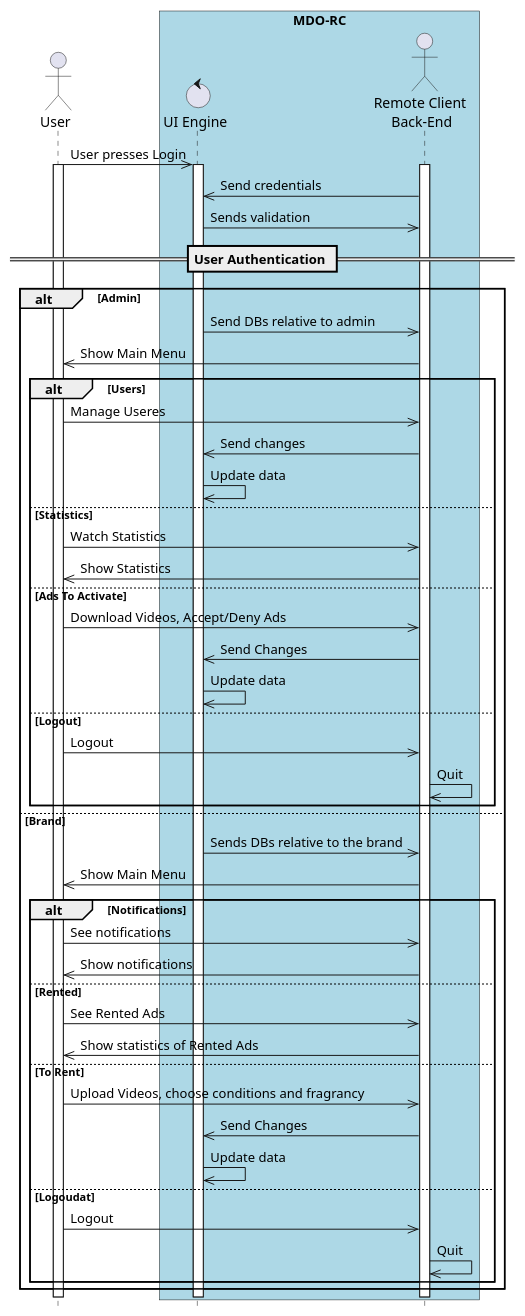
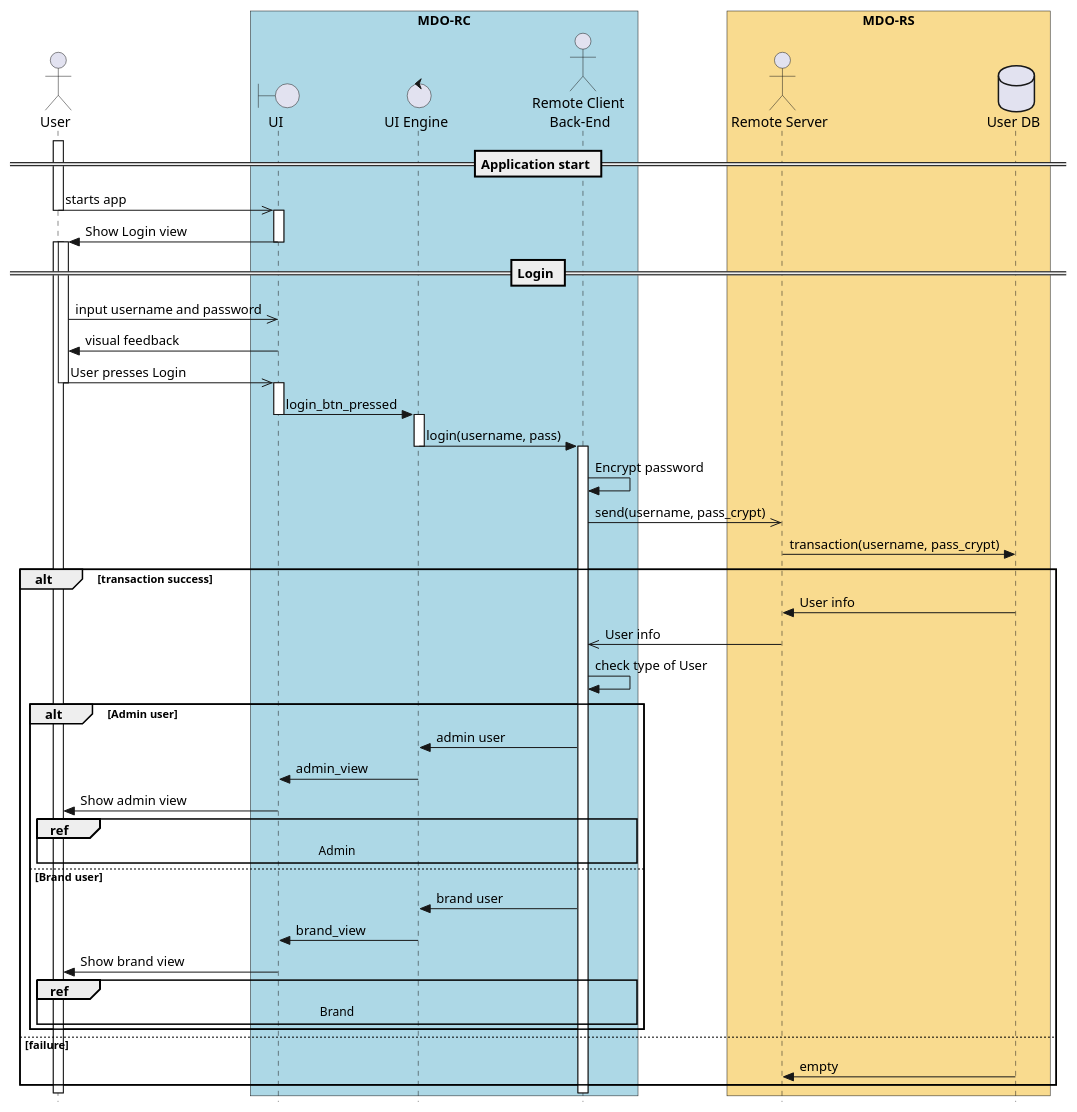
One commit to ElectroQuanta/MDO changed the diagram in Proj/diags/plantuml/seq-diag/input/seq-rc.pu. Above: the diagram before and after it, drawn with PlantUML. The commit also changed 2 other files, not shown here.

Commit message:
UPDT: RC: seq-diag - login

```diff
--- a/Proj/diags/plantuml/seq-diag/input/seq-rc.pu
+++ b/Proj/diags/plantuml/seq-diag/input/seq-rc.pu
@@ -1,97 +1,136 @@
   @startuml
   ' ---------- SETUP ----------------
   ' strict uml style and hide footboxes
   skinparam style strictuml
   hide footbox
   ' for anchors and duration this may be required (uncomment)
   ' !pragma teoz true
 
   ' ---------- Declaring participants
   ' participant Participant as Foo
   
   actor User
   box "MDO-RC" #LightBlue
+  boundary "UI" as UI
   control "UI Engine" as UIE
   actor "Remote Client \nBack-End" as RC
+  endbox
+  box "MDO-RS" #f9db8f
+  actor "Remote Server" as RS
+  database "User DB" as UserDB
   endbox
   ' entity      Entity      as Foo4
   ' database    Database    as Foo5
   ' collections Collections as Foo6
   ' queue       Queue       as Foo7
-  ' Foo -> Foo1 : To actor 
-  ' Foo -> Foo2 : To boundary
-  ' Foo -> Foo3 : To control
-  ' Foo -> Foo4 : To entity
-  ' Foo -> Foo5 : To database
-  ' Foo -> Foo6 : To collections
-  ' Foo -> Foo7: To queue
 
   ' async message
-  '== Activate camera feed ==
-  User ->> UIE: User presses Login
+  == Application start ==
   activate User
+  User ->> UI: starts app 
+  deactivate User
+  activate UI
+  UI -> User: Show Login view
+  deactivate UI
+  activate User
+''
+  == Login ==
+  activate User
+  User ->> UI: input username and password
+  UI -> User: visual feedback
+  User ->> UI: User presses Login
+''
+  deactivate User
+  activate UI
+  UI -> UIE: login_btn_pressed
+  deactivate UI
+  activate UIE
+  UIE -> RC : login(username, pass)
+  deactivate UIE
   activate RC
-  activate UIE
-  RC ->> UIE : Send credentials
-  UIE ->> RC : Sends validation
-  == User Authentication ==
-  alt Admin
-    UIE ->> RC : Send DBs relative to admin
-    RC ->> User : Show Main Menu
-    alt Users
-      User ->> RC : Manage Useres
-      RC ->> UIE : Send changes
-      UIE ->> UIE : Update data
-    else Statistics
-      User ->> RC : Watch Statistics
-      RC ->> User : Show Statistics
-    else Ads To Activate
-      User ->> RC : Download Videos, Accept/Deny Ads
-      RC ->> UIE : Send Changes
-      UIE ->> UIE : Update data
-    else Logout
-      User ->> RC : Logout
-      RC ->> RC : Quit
+  RC -> RC : Encrypt password
+  RC ->> RS : send(username, pass_crypt)
+  RS -> UserDB : transaction(username, pass_crypt)
+'' DB transaction
+  alt transaction success
+    UserDB -> RS: User info
+    RS ->> RC: User info
+    RC -> RC: check type of User
+    alt Admin user
+    RC -> UIE: admin user
+    UIE -> UI: admin_view
+    UI -> User: Show admin view
+    ref over RC, UIE, UI, User: Admin
+    else Brand user
+    RC -> UIE: brand user
+    UIE -> UI: brand_view
+    UI -> User: Show brand view
+    ref over RC, UIE, UI, User: Brand
     end
+  else failure
+  UserDB -> RS: empty
+  end
+''
+''  == User Authentication ==
+''  alt Admin
+''    UIE ->> RC : Send DBs relative to admin
+''    RC ->> User : Show Main Menu
+''    alt Users
+''      User ->> RC : Manage Useres
+''      RC ->> UIE : Send changes
+''      UIE ->> UIE : Update data
+''    else Statistics
+''      User ->> RC : Watch Statistics
+''      RC ->> User : Show Statistics
+''    else Ads To Activate
+''      User ->> RC : Download Videos, Accept/Deny Ads
+''      RC ->> UIE : Send Changes
+''      UIE ->> UIE : Update data
+''    else Logout
+''      User ->> RC : Logout
+''      RC ->> RC : Quit
+''    end
 '    
-  else Brand
-    UIE ->> RC : Sends DBs relative to the brand 
-    RC ->> User : Show Main Menu
-    alt Notifications
-      User ->> RC : See notifications
-      RC ->> User : Show notifications
-    else Rented
-      User ->> RC : See Rented Ads
-      RC ->> User : Show statistics of Rented Ads
-    else To Rent
-      User ->> RC : Upload Videos, choose conditions and fragrancy
-      RC ->> UIE : Send Changes
-      UIE ->> UIE : Update data
-    else Logoudat
-      User ->> RC : Logout
-      RC ->> RC : Quit
-    end
-  end
+''  else Brand
+''    UIE ->> RC : Sends DBs relative to the brand 
+''    RC ->> User : Show Main Menu
+''    alt Notifications
+''      User ->> RC : See notifications
+''      RC ->> User : Show notifications
+''    else Rented
+''      User ->> RC : See Rented Ads
+''      RC ->> User : Show statistics of Rented Ads
+''    else To Rent
+''      User ->> RC : Upload Videos, choose conditions and fragrancy
+''      RC ->> UIE : Send Changes
+''      UIE ->> UIE : Update data
+''    else Logoudat
+''      User ->> RC : Logout
+''      RC ->> RC : Quit
+''    end
+''  end
+
+' =========================== ZE das couves ==============================='
 '  LS -> UIE: show Image Filter view
 '  UIE -> User: visual feedback
 '  ref over User, GRE, UIE, LS: Image Filter
 ' -------
 '    else Take Pic
 '    LS -> UIE: show Pic view
 '    UIE -> User: visual feedback
 '    ref over User, GRE, UIE, LS: Picture mode
 ' -------
 '    else Create GIF
 '    LS -> UIE: show GIF view
 '    UIE -> User: visual feedback
 '    ref over User, GRE, UIE, LS: GIF mode
 '    '' LS -> LS: process gesture \ncallback
 '    '' LS -> UIE: provide output
 '    '' UIE -> User: visual feedback
 '    ' end alt
 '    end 
 ' end par
 '  end
 		
 
   @enduml
```
